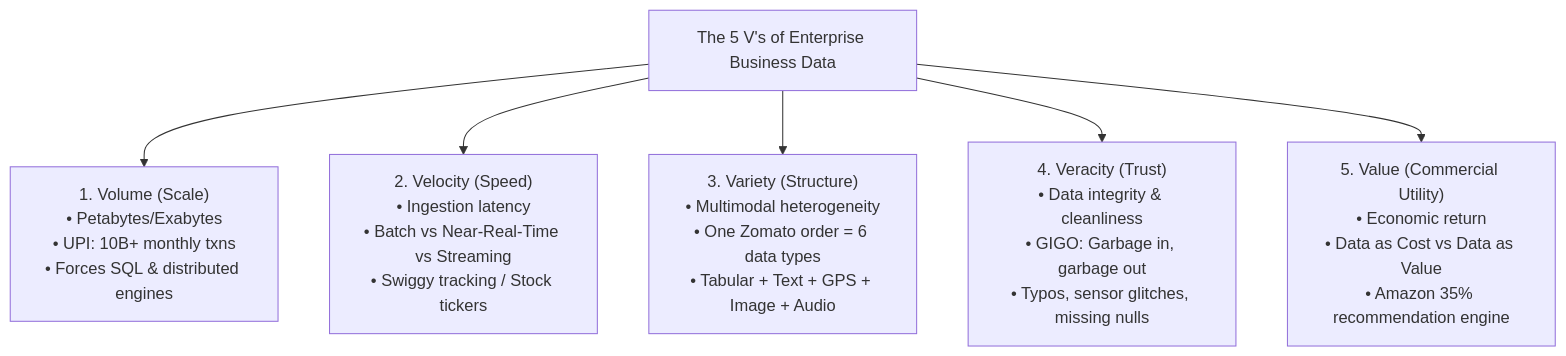
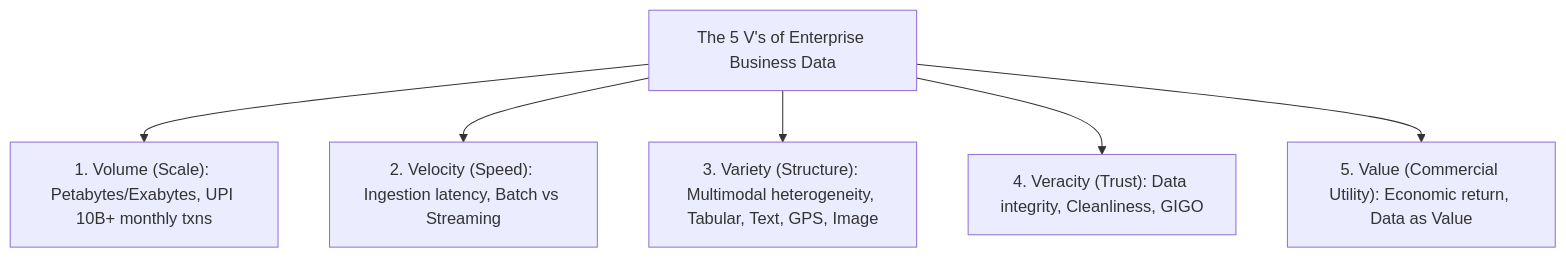
The tenth of 27 diagrams in notes/data_analysis/Unit_2_notes.md (DeepLumiere/DeepSkills), drawn with Mermaid before and after one commit. The commit also changed other lines of this file and 56 other files, not shown here.

````diff
--- a/notes/data_analysis/Unit_2_notes.md
+++ b/notes/data_analysis/Unit_2_notes.md
@@ -612,10 +612,10 @@
 ```mermaid
 flowchart TD
     V["The 5 V's of Enterprise Business Data"]
 
-    V --> V1["1. Volume (Scale)<br/>• Petabytes/Exabytes<br/>• UPI: 10B+ monthly txns<br/>• Forces SQL & distributed engines"]
-    V --> V2["2. Velocity (Speed)<br/>• Ingestion latency<br/>• Batch vs Near-Real-Time vs Streaming<br/>• Swiggy tracking / Stock tickers"]
-    V --> V3["3. Variety (Structure)<br/>• Multimodal heterogeneity<br/>• One Zomato order = 6 data types<br/>• Tabular + Text + GPS + Image + Audio"]
-    V --> V4["4. Veracity (Trust)<br/>• Data integrity & cleanliness<br/>• GIGO: Garbage in, garbage out<br/>• Typos, sensor glitches, missing nulls"]
-    V --> V5["5. Value (Commercial Utility)<br/>• Economic return<br/>• Data as Cost vs Data as Value<br/>• Amazon 35% recommendation engine"]
+    V --> V1["1. Volume (Scale): Petabytes/Exabytes, UPI 10B+ monthly txns"]
+    V --> V2["2. Velocity (Speed): Ingestion latency, Batch vs Streaming"]
+    V --> V3["3. Variety (Structure): Multimodal heterogeneity, Tabular, Text, GPS, Image"]
+    V --> V4["4. Veracity (Trust): Data integrity, Cleanliness, GIGO"]
+    V --> V5["5. Value (Commercial Utility): Economic return, Data as Value"]
 ```
````
